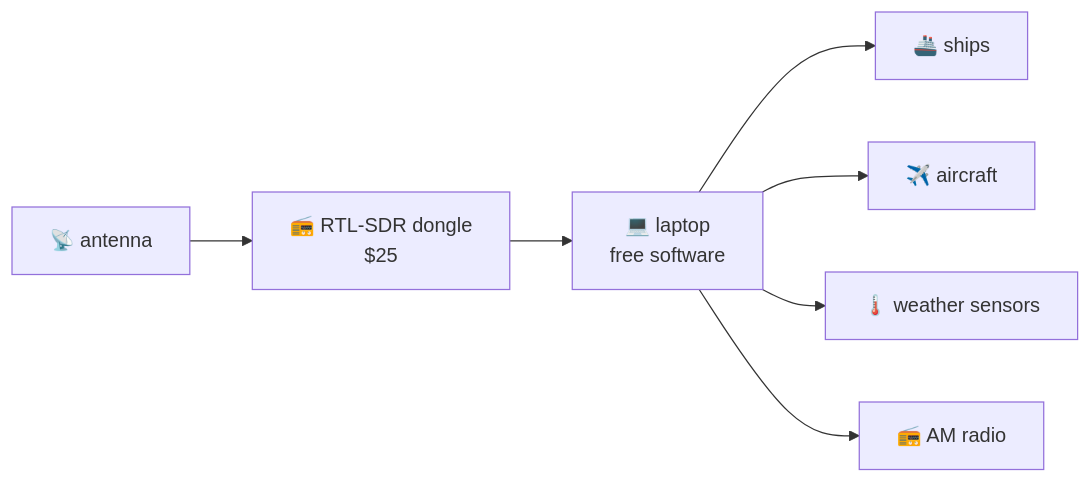
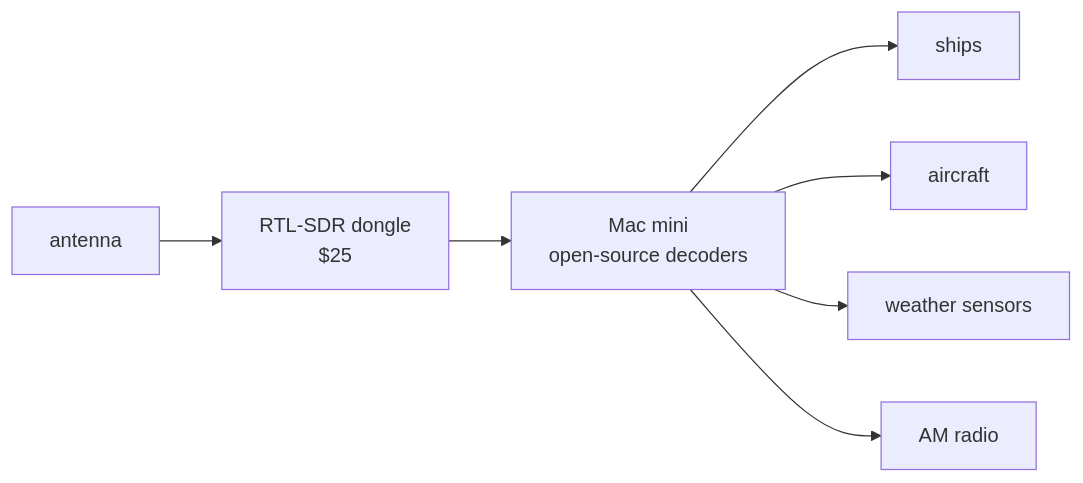
One commit to dcwfz9/derek-engineer changed the diagram in content/posts/aperture-rtl-sdr-ship-aircraft-tracking/index.md. Above: the diagram before and after it, drawn with Mermaid. The commit also changed other lines of this file and 9 other files, not shown here.

````diff
--- a/content/posts/aperture-rtl-sdr-ship-aircraft-tracking/index.md
+++ b/content/posts/aperture-rtl-sdr-ship-aircraft-tracking/index.md
@@ -27,9 +30,9 @@
 ```mermaid
 flowchart LR
-    A["📡 antenna"] --> B["📻 RTL-SDR dongle\n$25"]
-    B --> C["💻 laptop\nfree software"]
-    C --> D["🚢 ships"]
-    C --> E["✈️ aircraft"]
-    C --> F["🌡️ weather sensors"]
-    C --> G["📻 AM radio"]
+    A["antenna"] --> B["RTL-SDR dongle\n$25"]
+    B --> C["Mac mini\nopen-source decoders"]
+    C --> D["ships"]
+    C --> E["aircraft"]
+    C --> F["weather sensors"]
+    C --> G["AM radio"]
 ```
````
